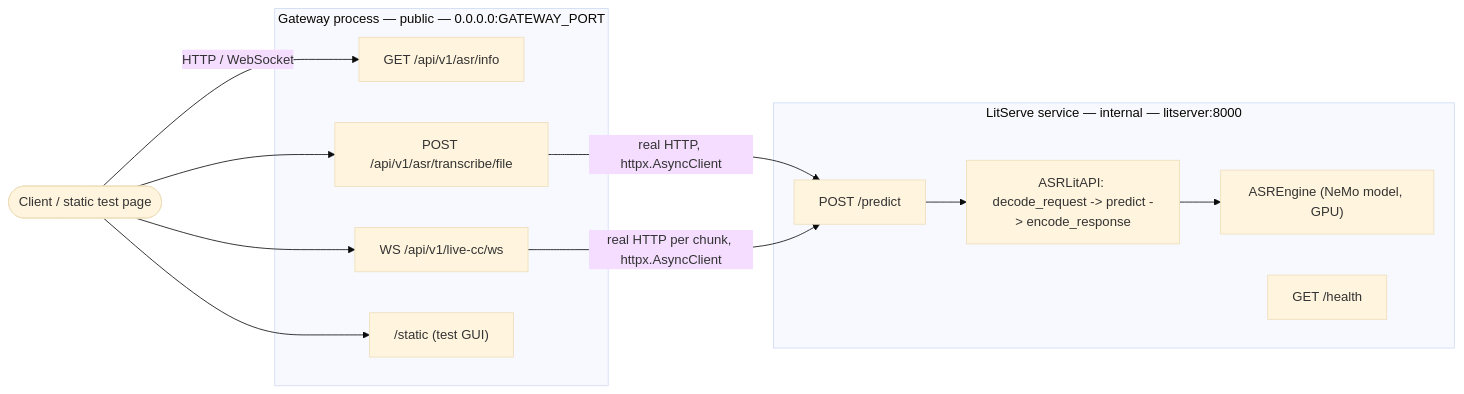
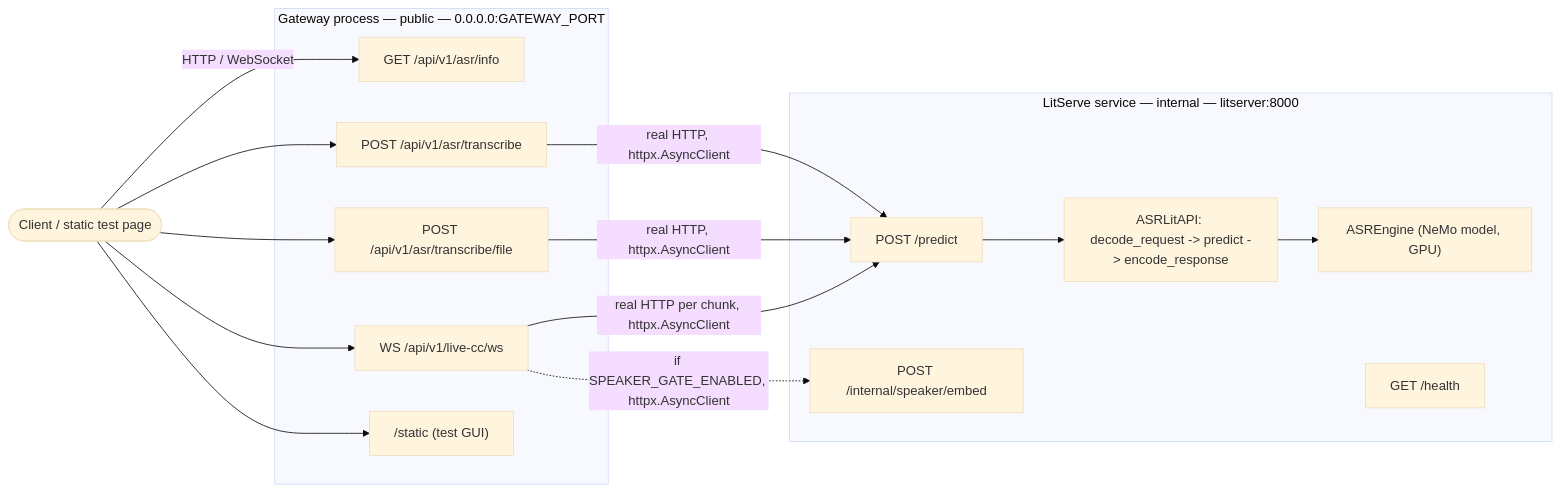
The diagram in README.md (sayed-shaun/ec-asr-tts-service), drawn with Mermaid (base theme) before and after one commit. The commit also changed other lines of this file, not shown here.

Commit message:
Modernize README and reflect Python/architecture/endpoint changes

````diff
--- a/README.md
+++ b/README.md
@@ -25,27 +57,32 @@
 ```mermaid
 flowchart LR
     Client(["Client / static test page"])
 
     subgraph Gateway["Gateway process — public — 0.0.0.0:GATEWAY_PORT"]
         Info["GET /api/v1/asr/info"]
+        Transcribe["POST /api/v1/asr/transcribe"]
         File["POST /api/v1/asr/transcribe/file"]
         WS["WS /api/v1/live-cc/ws"]
         Static["/static (test GUI)"]
     end
 
     subgraph LitServe["LitServe service — internal — litserver:8000"]
         Predict["POST /predict"]
         LitAPI["ASRLitAPI: decode_request -> predict -> encode_response"]
         Engine["ASREngine (NeMo model, GPU)"]
+        SpeakerEmbed["POST /internal/speaker/embed"]
         Health["GET /health"]
     end
 
     Client -->|HTTP / WebSocket| Info
+    Client --> Transcribe
     Client --> File
     Client --> WS
     Client --> Static
 
+    Transcribe -->|real HTTP, httpx.AsyncClient| Predict
     File -->|real HTTP, httpx.AsyncClient| Predict
     WS -->|real HTTP per chunk, httpx.AsyncClient| Predict
+    WS -.->|if SPEAKER_GATE_ENABLED, httpx.AsyncClient| SpeakerEmbed
     Predict --> LitAPI --> Engine
 ```
````
